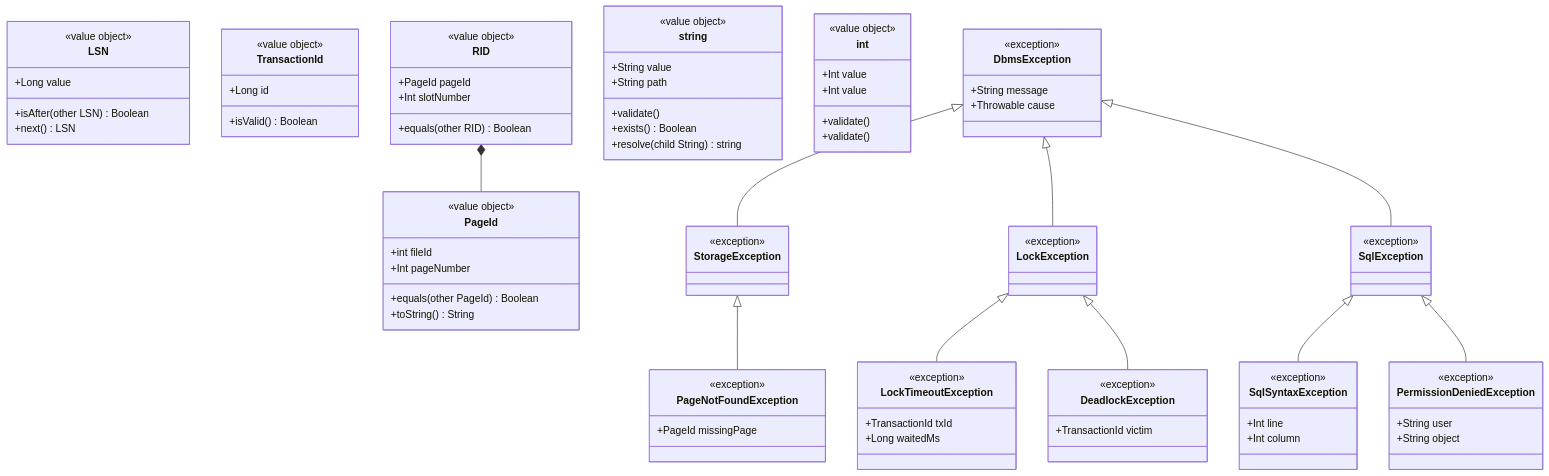
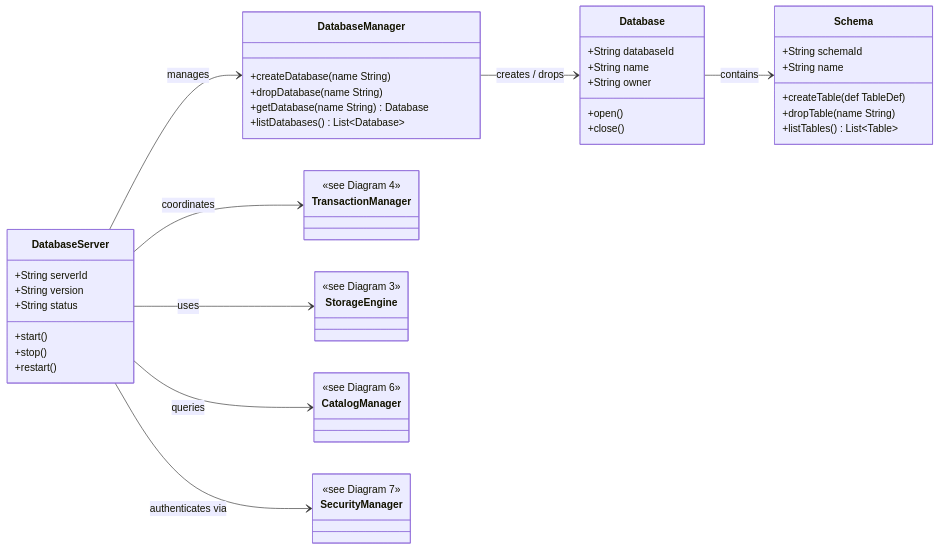
Before and after one commit to Hagiakhanh/bbv-dbms: the second of 8 diagrams in README.md, drawn with Mermaid. The commit also changed other lines of this file and 1 other file, not shown here.

Commit message:
update list test case database server

````diff
--- a/README.md
+++ b/README.md
@@ -163,100 +185,60 @@
 ```mermaid
 classDiagram
+direction LR
 
-    %% ── VALUE OBJECTS ──────────────────────────────────────
-    class PageId {
-        <<value object>>
-        +int fileId
-        +Int pageNumber
-        +equals(other PageId) Boolean
-        +toString() String
-    }
-    class LSN {
-        <<value object>>
-        +Long value
-        +isAfter(other LSN) Boolean
-        +next() LSN
-    }
-    class TransactionId {
-        <<value object>>
-        +Long id
-        +isValid() Boolean
-    }
-    class RID {
-        <<value object>>
-        +PageId pageId
-        +Int slotNumber
-        +equals(other RID) Boolean
-    }
-    class string {
-        <<value object>>
-        +String value
-        +validate()
-    }
-    class string {
-        <<value object>>
-        +String path
-        +exists() Boolean
-        +resolve(child String) string
-    }
-    class int {
-        <<value object>>
-        +Int value
-        +validate()
-    }
-    class int {
-        <<value object>>
-        +Int value
-        +validate()
+    class DatabaseServer {
+        +String serverId
+        +String version
+        +String status
+        +start()
+        +stop()
+        +restart()
     }
 
-    %% ── EXCEPTION HIERARCHY ────────────────────────────────
-    class DbmsException {
-        <<exception>>
-        +String message
-        +Throwable cause
-    }
-    class StorageException {
-        <<exception>>
-    }
-    class PageNotFoundException {
-        <<exception>>
-        +PageId missingPage
-    }
-    class LockException {
-        <<exception>>
-    }
-    class LockTimeoutException {
-        <<exception>>
-        +TransactionId txId
-        +Long waitedMs
-    }
-    class DeadlockException {
-        <<exception>>
-        +TransactionId victim
-    }
-    class SqlException {
-        <<exception>>
-    }
-    class SqlSyntaxException {
-        <<exception>>
-        +Int line
-        +Int column
-    }
-    class PermissionDeniedException {
-        <<exception>>
-        +String user
-        +String object
+    class DatabaseManager {
+        +createDatabase(name String)
+        +dropDatabase(name String)
+        +getDatabase(name String) Database
+        +listDatabases() List~Database~
     }
 
-    DbmsException <|-- StorageException
-    DbmsException <|-- LockException
-    DbmsException <|-- SqlException
-    StorageException <|-- PageNotFoundException
-    LockException <|-- LockTimeoutException
-    LockException <|-- DeadlockException
-    SqlException <|-- SqlSyntaxException
-    SqlException <|-- PermissionDeniedException
+    class Database {
+        +String databaseId
+        +String name
+        +String owner
+        +open()
+        +close()
+    }
 
-    RID *-- PageId
+    class Schema {
+        +String schemaId
+        +String name
+        +createTable(def TableDef)
+        +dropTable(name String)
+        +listTables() List~Table~
+    }
+
+    class TransactionManager {
+        <<see Diagram 4>>
+    }
+
+    class StorageEngine {
+        <<see Diagram 3>>
+    }
+
+    class CatalogManager {
+        <<see Diagram 6>>
+    }
+
+    class SecurityManager {
+        <<see Diagram 7>>
+    }
+
+    DatabaseServer --> DatabaseManager : manages
+    DatabaseServer --> TransactionManager : coordinates
+    DatabaseServer --> StorageEngine : uses
+    DatabaseServer --> CatalogManager : queries
+    DatabaseServer --> SecurityManager : authenticates via
+    DatabaseManager --> Database : creates / drops
+    Database --> Schema : contains
 ```
````
